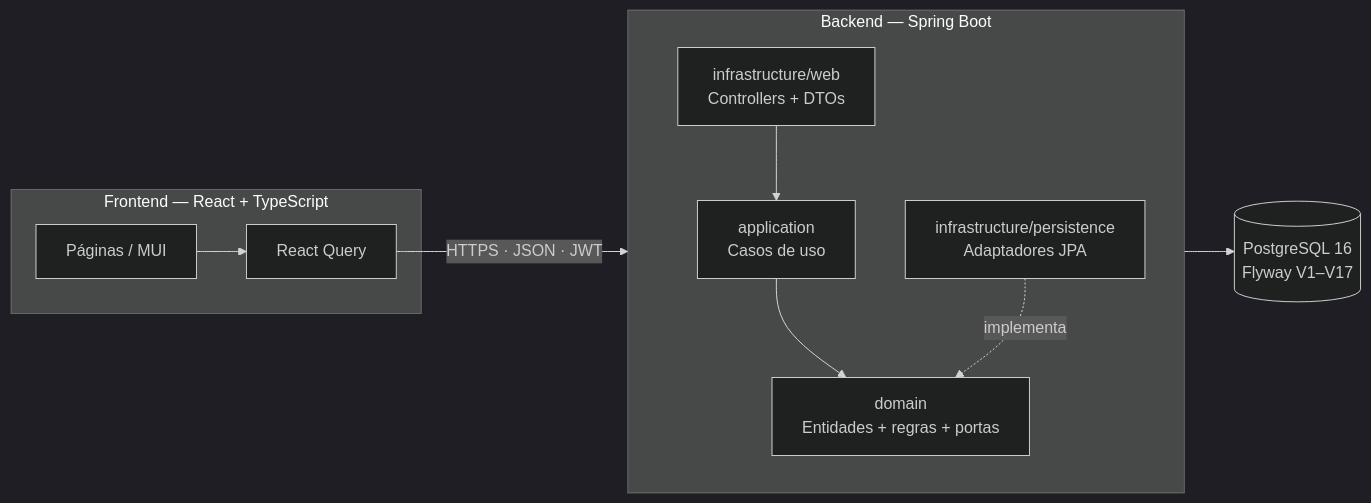
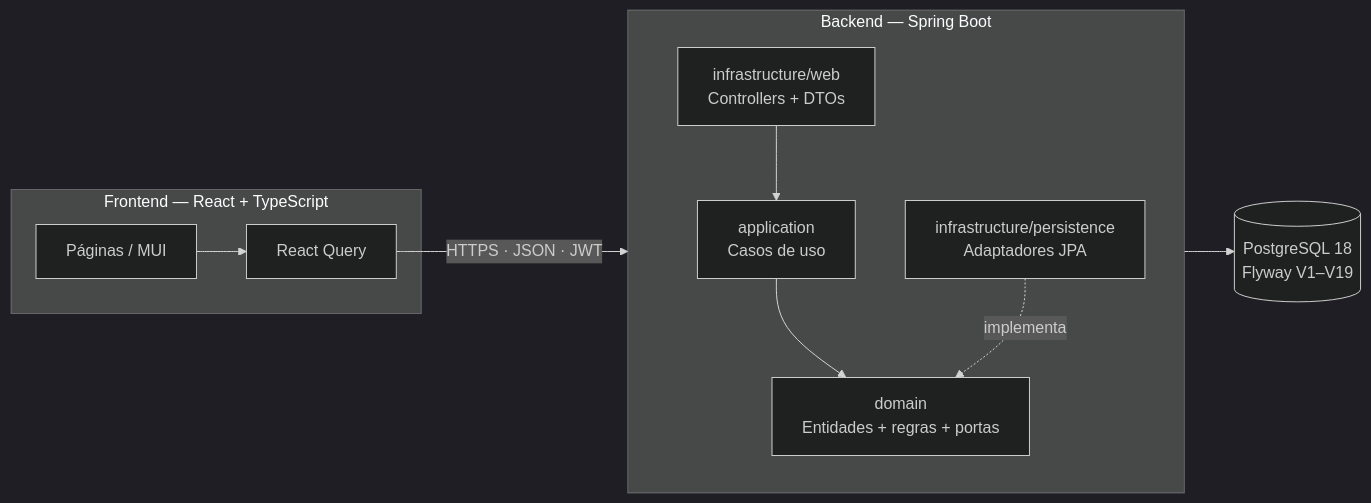
The first of 2 diagrams in README.md (Krsoliveira/pcp-inteligente-producao), drawn with Mermaid (dark theme) before and after one commit. The commit also changed other lines of this file and 3 other files, not shown here.

Commit message:
docs(banco): registrar a passagem para o PostgreSQL 18 (ADR-0033)

````diff
--- a/README.md
+++ b/README.md
@@ -113,14 +113,14 @@
 ```mermaid
 flowchart LR
     subgraph Frontend["Frontend — React + TypeScript"]
         UI[Páginas / MUI] --> RQ[React Query]
     end
     subgraph Backend["Backend — Spring Boot"]
         direction TB
         WEB[infrastructure/web<br/>Controllers + DTOs] --> APP[application<br/>Casos de uso]
         APP --> DOM[domain<br/>Entidades + regras + portas]
         JPA[infrastructure/persistence<br/>Adaptadores JPA] -. implementa .-> DOM
     end
     RQ -->|HTTPS · JSON · JWT| WEB
-    JPA --> DB[(PostgreSQL 16<br/>Flyway V1–V17)]
+    JPA --> DB[(PostgreSQL 18<br/>Flyway V1–V19)]
 ```
````
